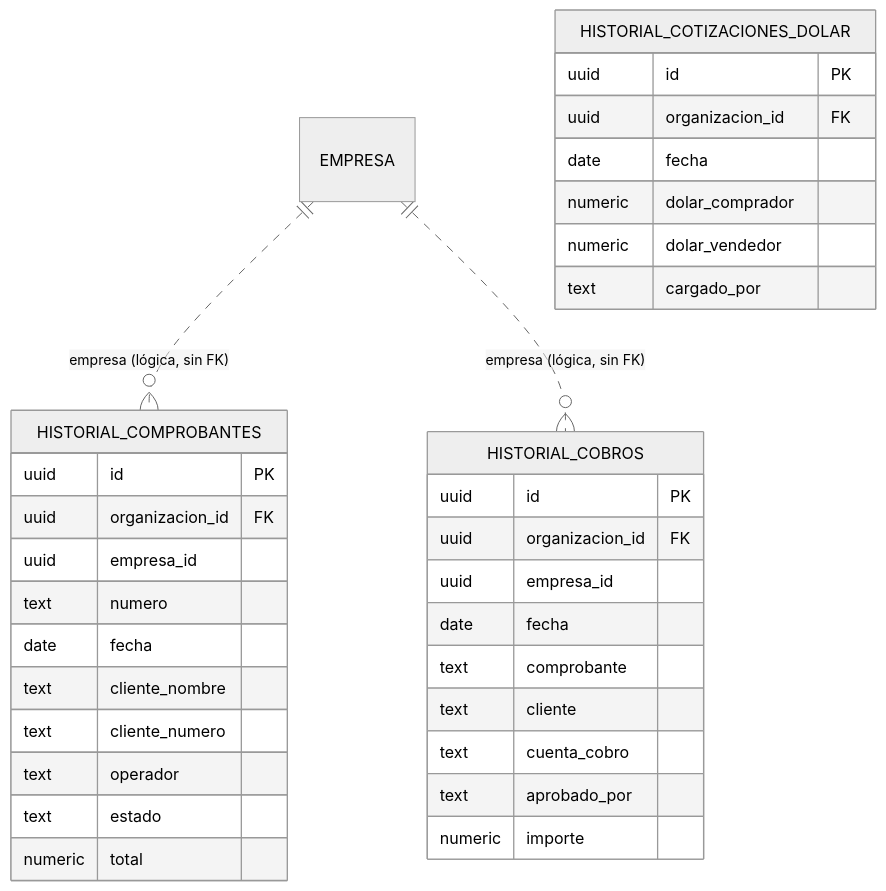
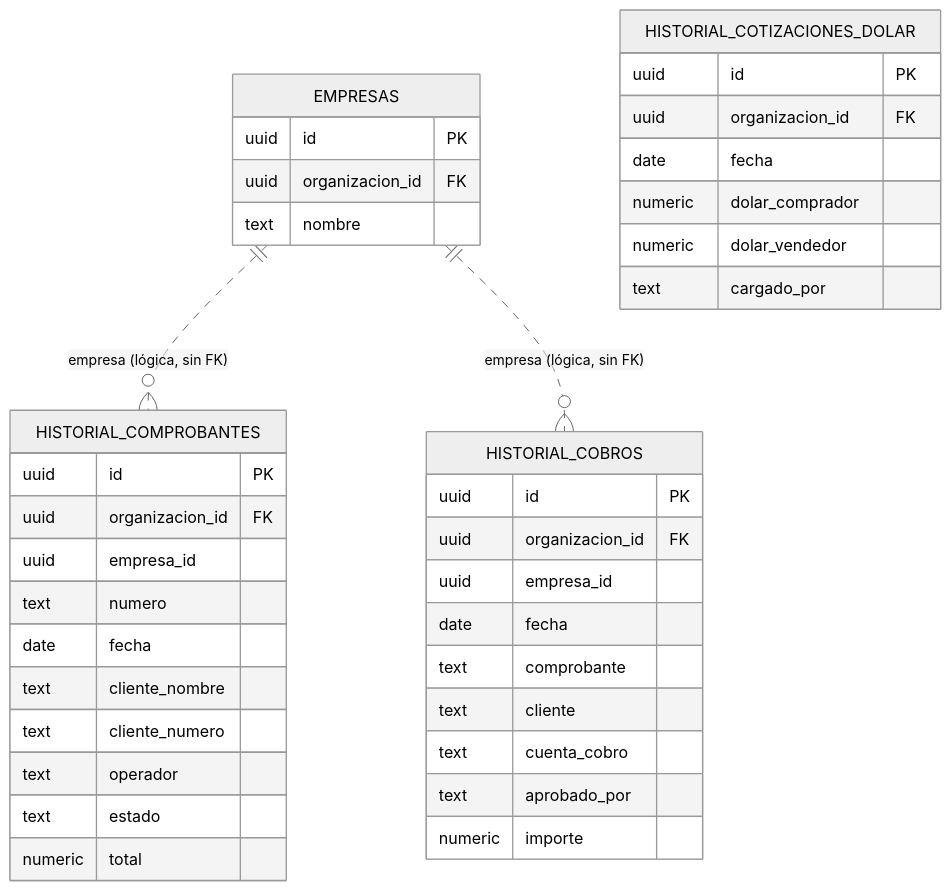
The first of 4 diagrams in specs/20261020-100000-ventas-historial-de-consulta/spec.md (nicolasjones/multistorefront-meli), drawn with Mermaid (neutral theme) before and after one commit. The commit also changed other lines of this file, not shown here.

Commit message:
docs(MSF-275): DER con leyenda y tablas existentes de referencia

````diff
--- a/specs/20261020-100000-ventas-historial-de-consulta/spec.md
+++ b/specs/20261020-100000-ventas-historial-de-consulta/spec.md
@@ -58,37 +65,42 @@
 ```mermaid
 erDiagram
-  EMPRESA ||..o{ HISTORIAL_COMPROBANTES : "empresa (lógica, sin FK)"
-  EMPRESA ||..o{ HISTORIAL_COBROS : "empresa (lógica, sin FK)"
+  EMPRESAS ||..o{ HISTORIAL_COMPROBANTES : "empresa (lógica, sin FK)"
+  EMPRESAS ||..o{ HISTORIAL_COBROS : "empresa (lógica, sin FK)"
 
+  EMPRESAS {
+    uuid id PK
+    uuid organizacion_id FK
+    text nombre
+  }
   HISTORIAL_COMPROBANTES {
     uuid id PK
     uuid organizacion_id FK
     uuid empresa_id
     text numero
     date fecha
     text cliente_nombre
     text cliente_numero
     text operador
     text estado
     numeric total
   }
   HISTORIAL_COBROS {
     uuid id PK
     uuid organizacion_id FK
     uuid empresa_id
     date fecha
     text comprobante
     text cliente
     text cuenta_cobro
     text aprobado_por
     numeric importe
   }
   HISTORIAL_COTIZACIONES_DOLAR {
     uuid id PK
     uuid organizacion_id FK
     date fecha
     numeric dolar_comprador
     numeric dolar_vendedor
     text cargado_por
   }
 ```
````
